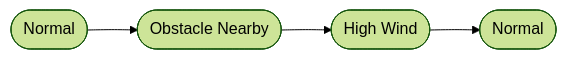
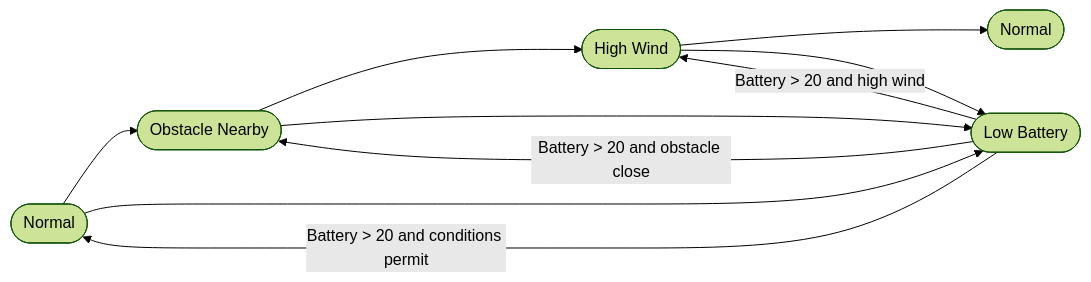
One commit to varunnn888/Drones_S5_CD11_Adaptive_Context_Aware_Decision changed the second of 6 diagrams in Matlab+ Simulink/README.md. Above: the diagram before and after it, drawn with Mermaid (forest theme). The commit also changed other lines of this file, not shown here.

````diff
--- a/Matlab+ Simulink/README.md
+++ b/Matlab+ Simulink/README.md
@@ -203,4 +220,10 @@
 ```mermaid
 flowchart LR
     A([Normal]) --> B([Obstacle Nearby]) --> C([High Wind]) --> D([Normal])
+    A --> E([Low Battery])
+    B --> E
+    C --> E
+    E -->|Battery > 20 and conditions permit| A
+    E -->|Battery > 20 and high wind| C
+    E -->|Battery > 20 and obstacle close| B
 ```
````
